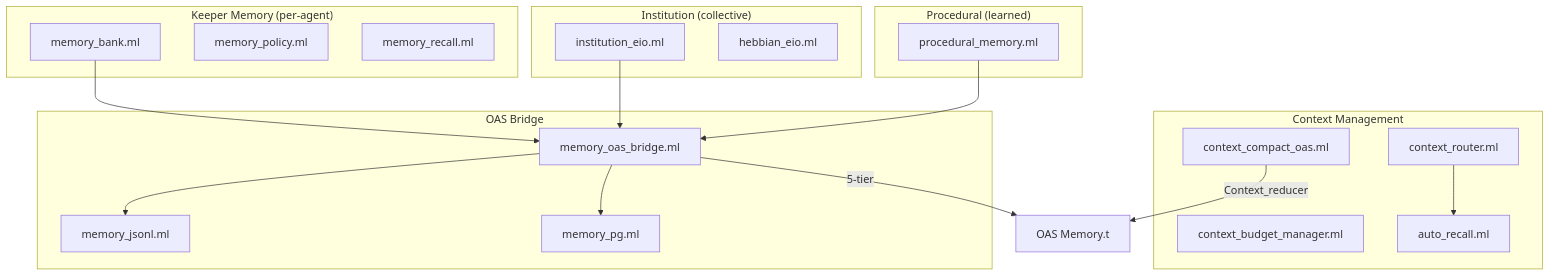
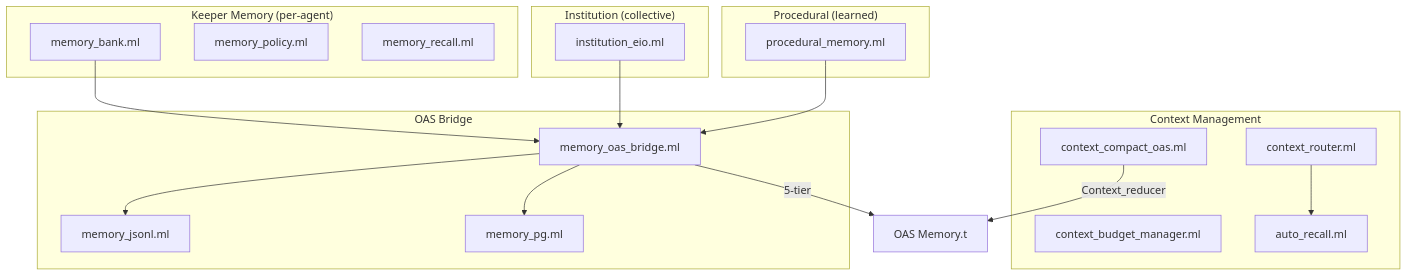
Before and after one commit to jeong-sik/masc: the diagram in docs/spec/12-memory-systems.md, drawn with Mermaid. The commit also changed other lines of this file and 9 other files, not shown here.

````diff
--- a/docs/spec/12-memory-systems.md
+++ b/docs/spec/12-memory-systems.md
@@ -44,34 +44,33 @@
 ```mermaid
 graph TB
   subgraph "Keeper Memory (per-agent)"
     MB[memory_bank.ml]
     MP[memory_policy.ml]
     MR[memory_recall.ml]
   end
   subgraph "Institution (collective)"
     IE[institution_eio.ml]
-    HE[hebbian_eio.ml]
   end
   subgraph "Procedural (learned)"
     PM[procedural_memory.ml]
   end
   subgraph "Context Management"
     CB[context_budget_manager.ml]
     CC[context_compact_oas.ml]
     CR[context_router.ml]
     AR[auto_recall.ml]
   end
   subgraph "OAS Bridge"
     MOB[memory_oas_bridge.ml]
     MJ[memory_jsonl.ml]
     MPG[memory_pg.ml]
   end
   MB --> MOB
   IE --> MOB
   PM --> MOB
   MOB --> MJ
   MOB --> MPG
   MOB -->|"5-tier"| OAS["OAS Memory.t"]
   CR --> AR
   CC -->|"Context_reducer"| OAS
 ```
````
